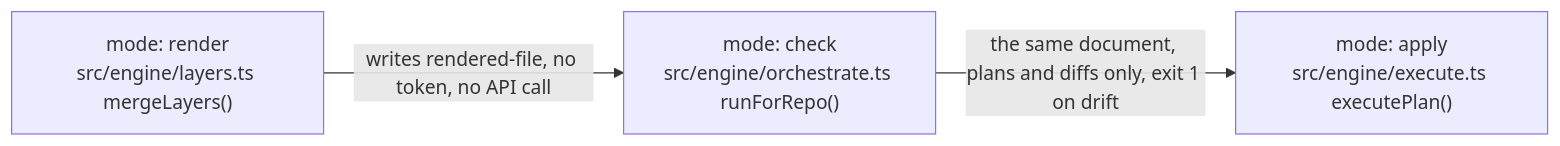
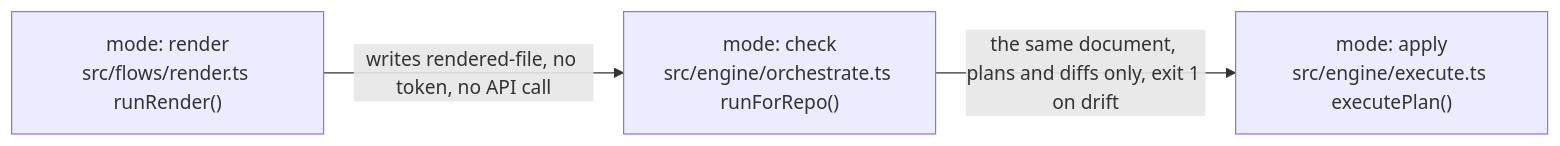
The third of 9 diagrams in docs/reference/architecture.md (Vivswan/github-settings-as-code), drawn with Mermaid before and after one commit. The commit also changed other lines of this file, not shown here.

Commit message:
docs(architecture): describe the validation phase, the layering fold's three directives, and render mode (#302)

````diff
--- a/docs/reference/architecture.md
+++ b/docs/reference/architecture.md
@@ -85,8 +85,8 @@
 ```mermaid
 flowchart LR
-  merge["mode: render<br>src/engine/layers.ts mergeLayers()"]
+  render["mode: render<br>src/flows/render.ts runRender()"]
   check["mode: check<br>src/engine/orchestrate.ts runForRepo()"]
   apply["mode: apply<br>src/engine/execute.ts executePlan()"]
-  merge -->|writes rendered-file, no token, no API call| check
+  render -->|writes rendered-file, no token, no API call| check
   check -->|the same document, plans and diffs only, exit 1 on drift| apply
 ```
````
